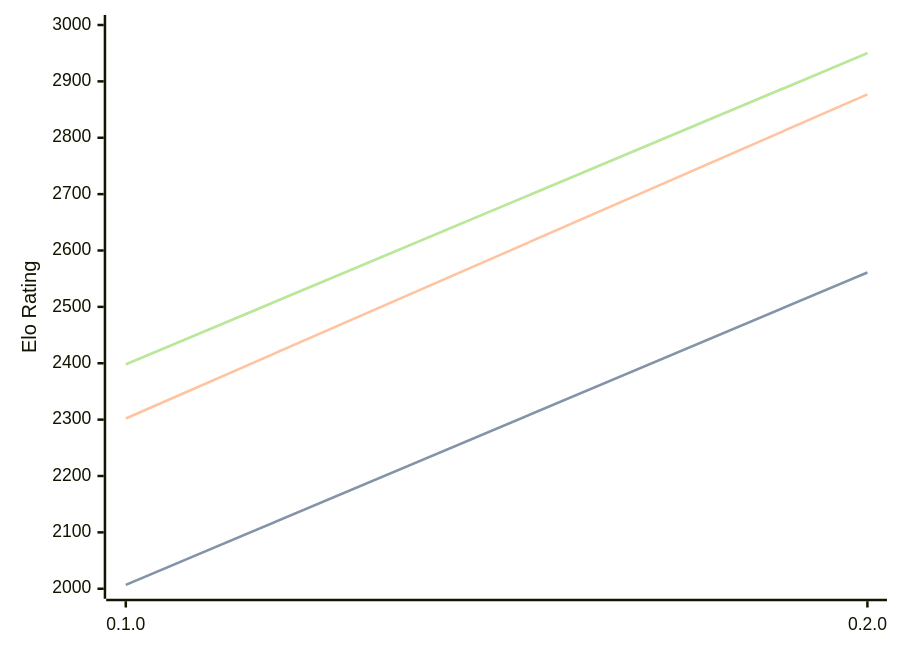
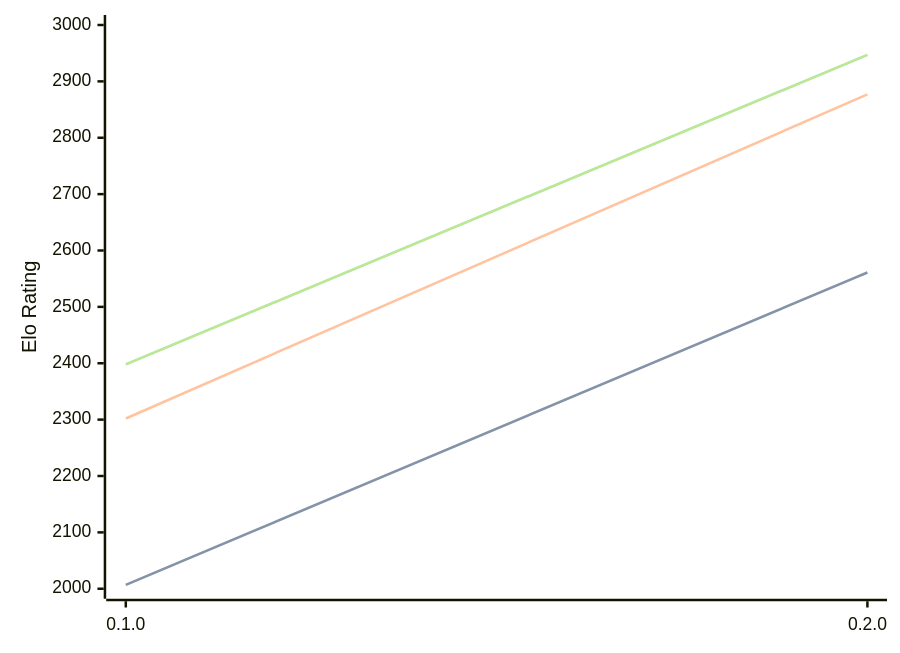
Before and after one commit to computer-chess-index/cci: the first of 3 diagrams in engines/Justbot.md, drawn with Mermaid. The commit also changed other lines of this file, not shown here.

Commit message:
Update CCI Ratings (ELO VLTC) - 2026-07-17

````diff
--- a/engines/Justbot.md
+++ b/engines/Justbot.md
@@ -32,11 +32,11 @@
 ```mermaid
 %%{init: {"theme":"base","themeVariables":{"seriesColors:['#a3a3a3','#222221','#faa371']}}}%%
 xychart-beta
   x-axis ["0.1.0", "0.2.0"]
   y-axis "Elo Rating" 2000 --> 3000
   line "STC (8.0+0.08s)" [2007, 2561]
   line "STC (8.0+0.08s)" [2007, 2561]
   line "LTC (60.0+0.60s)" [2302, 2877]
-  line "VLTC (2m24s+1.12s)" [2398, 2950]
-  line "VLTC (2m24s+1.12s)" [2398, 2950]
+  line "VLTC (2m24s+1.12s)" [2398, 2947]
+  line "VLTC (2m24s+1.12s)" [2398, 2947]
 ```
````
